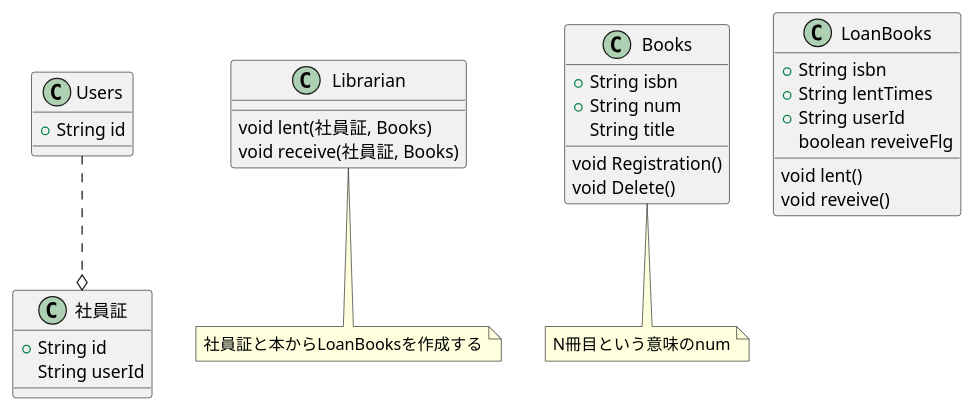
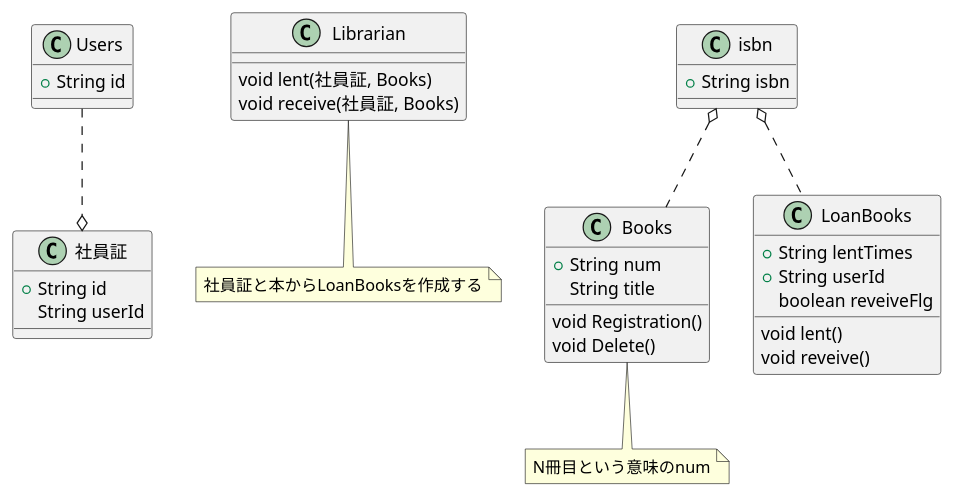
One commit to JORI-RT/DDD changed the diagram in homework/10th/mizukami.md. Above: the diagram before and after it, drawn with PlantUML.

Commit message:
add 中上さんのを見て、isbnという概念を追加したくなったので追記

````diff
--- a/homework/10th/mizukami.md
+++ b/homework/10th/mizukami.md
@@ -49,39 +49,44 @@
 ```puml
 @startuml
 class Users{
   + String id
 }
 class 社員証 {
   + String id
   String userId
 }
 Users ..o 社員証
 
 class Librarian {
   void lent(社員証, Books)
   void receive(社員証, Books)
 }
 
 note "社員証と本からLoanBooksを作成する" as N1
 Librarian .. N1
 
+class isbn{
++ String isbn
+}
+
+isbn o.. Books
+isbn o.. LoanBooks
+
 class Books{
-  + String isbn
   + String num
   String title
   void Registration()
   void Delete()
 }
 note "N冊目という意味のnum" as N2
 Books .. N2
 
 class LoanBooks{
-  + String isbn
   + String lentTimes
   + String userId
   boolean reveiveFlg
   void lent()
   void reveive()
 }
 @enduml
 ```
````
